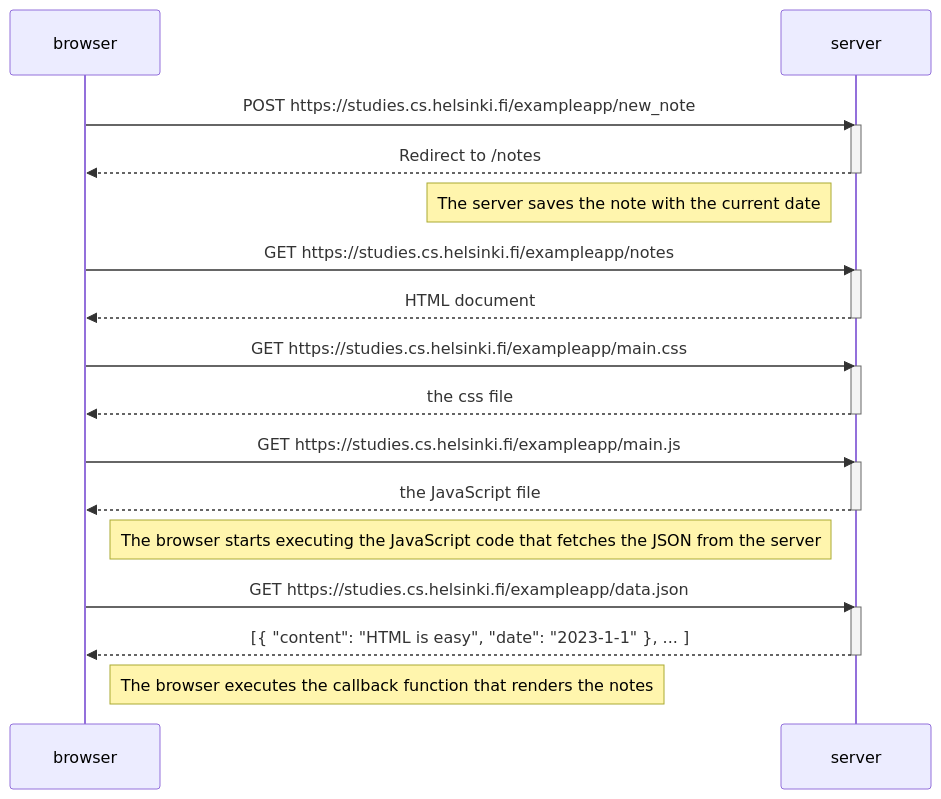
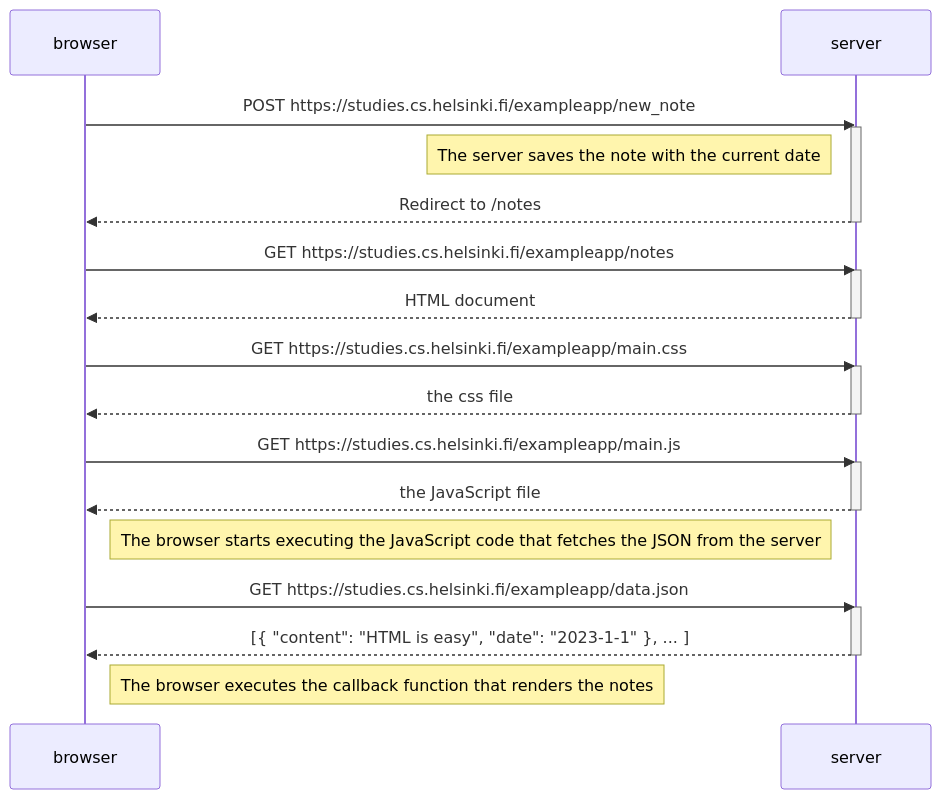
Before and after one commit to AlexP-alt/submission-repository: the diagram in part0/1.md, drawn with Mermaid.

````diff
--- a/part0/1.md
+++ b/part0/1.md
@@ -2,36 +2,35 @@
 ```mermaid
 sequenceDiagram
     participant browser
     participant server
 
     browser->>server: POST https://studies.cs.helsinki.fi/exampleapp/new_note
     activate server
+    Note left of server: The server saves the note with the current date
     server-->>browser: Redirect to /notes
     deactivate server
-
-    Note left of server: The server saves the note with the current date
 
     browser->>server: GET https://studies.cs.helsinki.fi/exampleapp/notes
     activate server
     server-->>browser: HTML document
     deactivate server
 
     browser->>server: GET https://studies.cs.helsinki.fi/exampleapp/main.css
     activate server
     server-->>browser: the css file
     deactivate server
 
     browser->>server: GET https://studies.cs.helsinki.fi/exampleapp/main.js
     activate server
     server-->>browser: the JavaScript file
     deactivate server
 
     Note right of browser: The browser starts executing the JavaScript code that fetches the JSON from the server
 
     browser->>server: GET https://studies.cs.helsinki.fi/exampleapp/data.json
     activate server
     server-->>browser: [{ "content": "HTML is easy", "date": "2023-1-1" }, ... ]
     deactivate server
 
     Note right of browser: The browser executes the callback function that renders the notes
 ```
````
